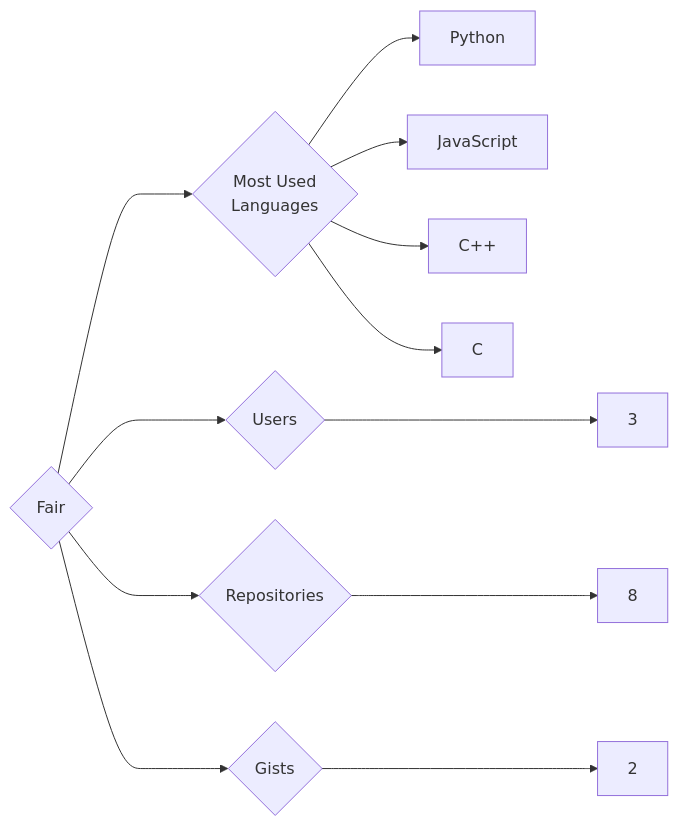
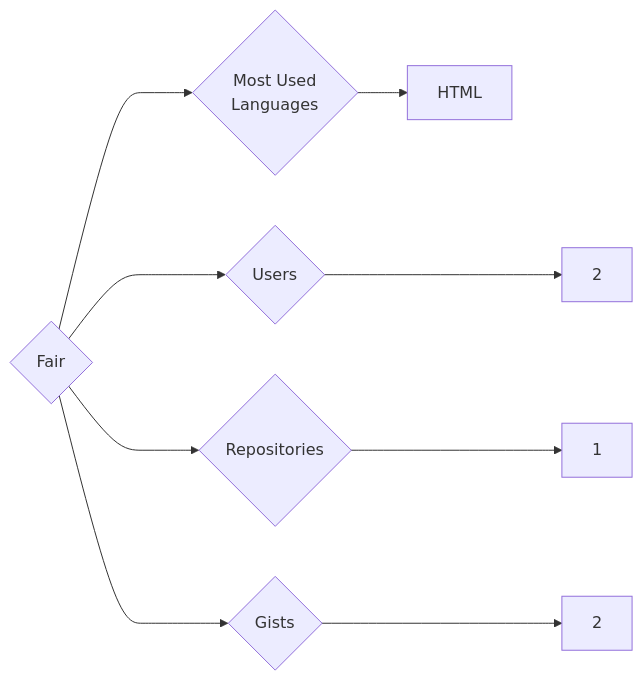
Before and after one commit to trickest/insiders: the diagram in targets/Fair/README.md, drawn with Mermaid. The commit also changed 721 other files, not shown here.

````diff
--- a/targets/Fair/README.md
+++ b/targets/Fair/README.md
@@ -3,12 +3,9 @@
 ```mermaid
 graph LR
 COMPANY_NAME{Fair}
-COMPANY_NAME ---> U{Users} ---> UN[3]
-COMPANY_NAME ---> R{Repositories} ---> RN[8]
+COMPANY_NAME ---> U{Users} ---> UN[2]
+COMPANY_NAME ---> R{Repositories} ---> RN[1]
 COMPANY_NAME ---> G{Gists} ---> GN[2]
 COMPANY_NAME ---> ML{Most Used<br>Languages}
-ML --> Python[Python]
-ML --> JavaScript[JavaScript]
-ML --> C++[C++]
-ML --> C[C]
+ML --> HTML[HTML]
 ```
````
